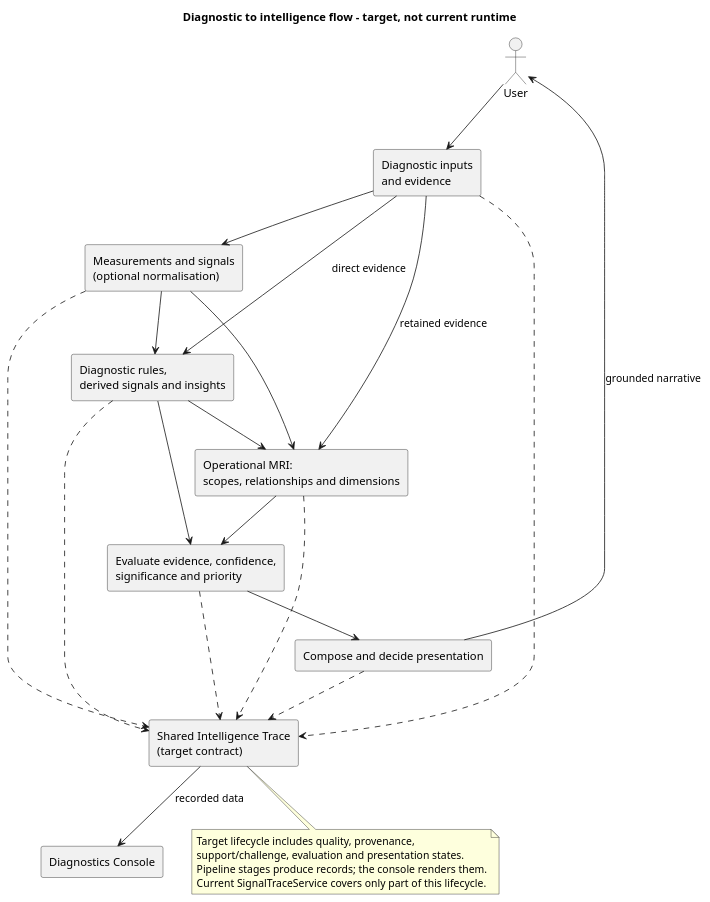
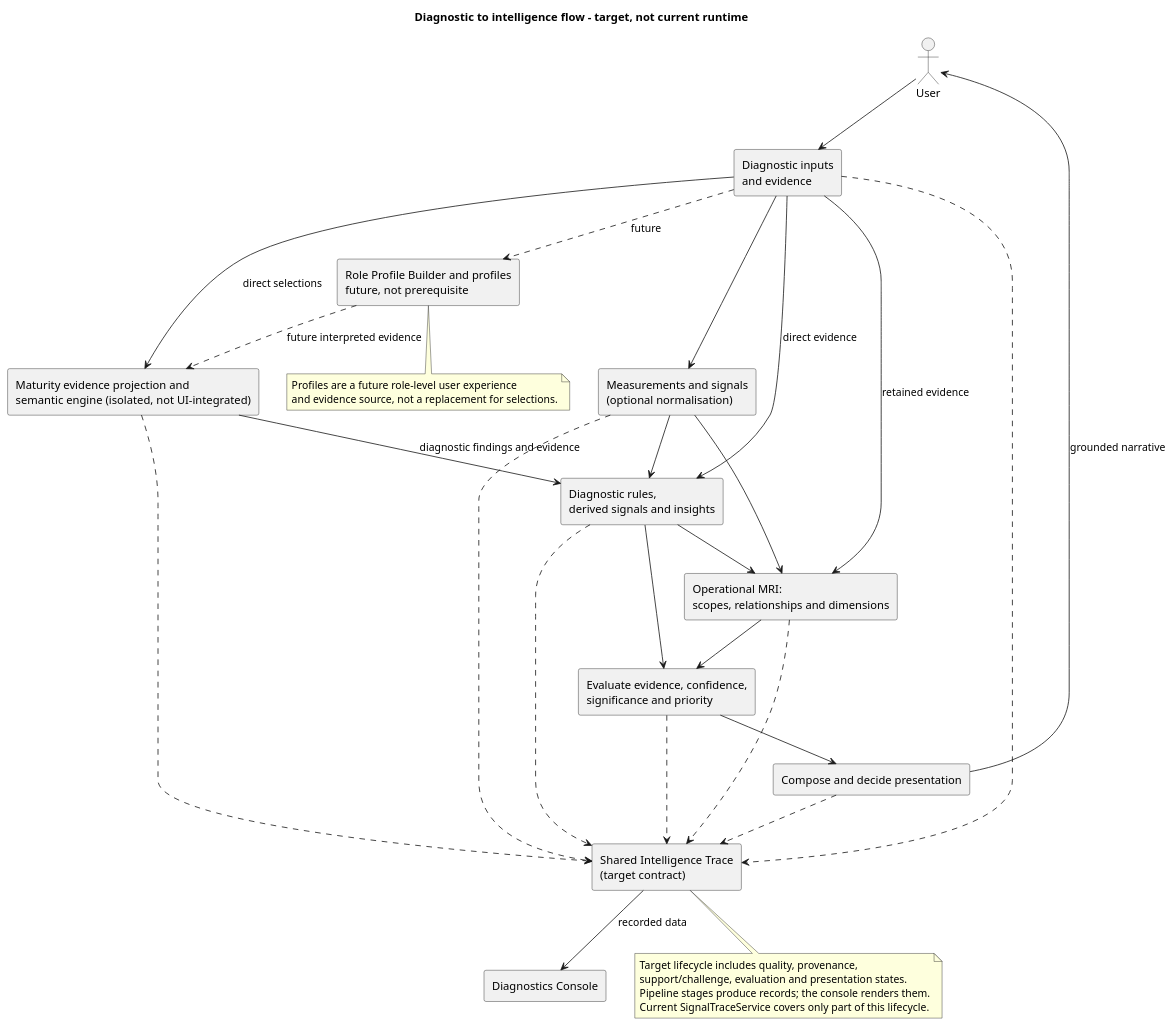
One commit to Dowlingfuau/Empowered-Delivery changed the diagram in OperationalIntelligenceHub/docs/architecture/runtime_pipeline.puml. Above: the diagram before and after it, drawn with PlantUML. The commit also changed 26 other files, not shown here.

```diff
--- a/OperationalIntelligenceHub/docs/architecture/runtime_pipeline.puml
+++ b/OperationalIntelligenceHub/docs/architecture/runtime_pipeline.puml
@@ -1,36 +1,47 @@
 @startuml
 title Diagnostic to intelligence flow - target, not current runtime
 actor User
 rectangle "Diagnostic inputs\nand evidence" as input
 rectangle "Measurements and signals\n(optional normalisation)" as signal
 rectangle "Diagnostic rules,\nderived signals and insights" as diagnostic
+rectangle "Maturity evidence projection and\nsemantic engine (isolated, not UI-integrated)" as maturity
+rectangle "Role Profile Builder and profiles\nfuture, not prerequisite" as profiles
 rectangle "Operational MRI:\nscopes, relationships and dimensions" as mri
 rectangle "Evaluate evidence, confidence,\nsignificance and priority" as evaluation
 rectangle "Compose and decide presentation" as output
 rectangle "Shared Intelligence Trace\n(target contract)" as trace
 rectangle "Diagnostics Console" as console
 User --> input
 input --> signal
 input --> diagnostic : direct evidence
 signal --> diagnostic
+input --> maturity : direct selections
+input ..> profiles : future
+profiles ..> maturity : future interpreted evidence
+maturity --> diagnostic : diagnostic findings and evidence
 input --> mri : retained evidence
 signal --> mri
 diagnostic --> mri
 diagnostic --> evaluation
 mri --> evaluation
 evaluation --> output
 output --> User : grounded narrative
 input ..> trace
 signal ..> trace
+maturity ..> trace
 diagnostic ..> trace
 mri ..> trace
 evaluation ..> trace
 output ..> trace
 trace --> console : recorded data
 note bottom of trace
   Target lifecycle includes quality, provenance,
   support/challenge, evaluation and presentation states.
   Pipeline stages produce records; the console renders them.
   Current SignalTraceService covers only part of this lifecycle.
 end note
+note bottom of profiles
+  Profiles are a future role-level user experience
+  and evidence source, not a replacement for selections.
+end note
 @enduml
```
